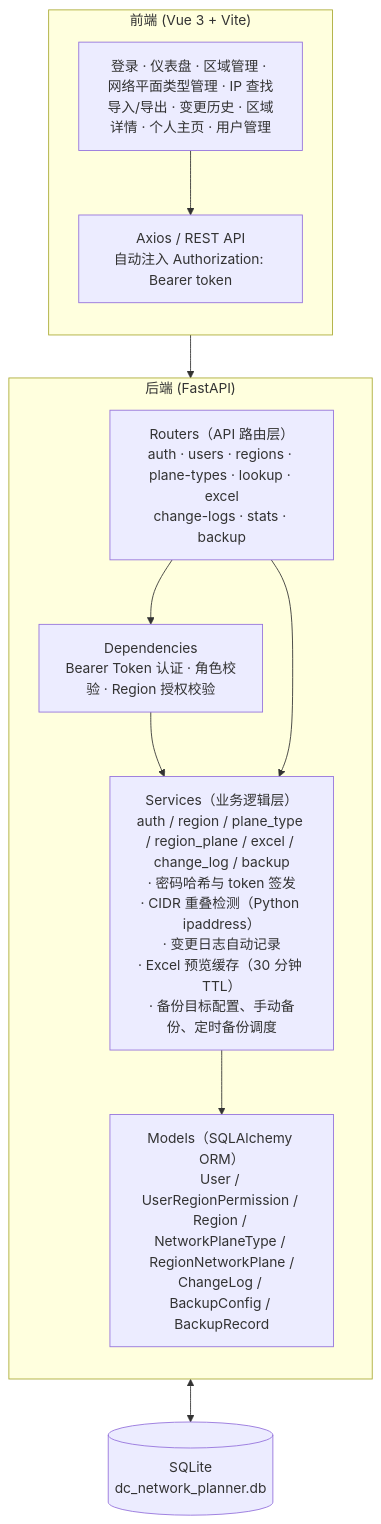
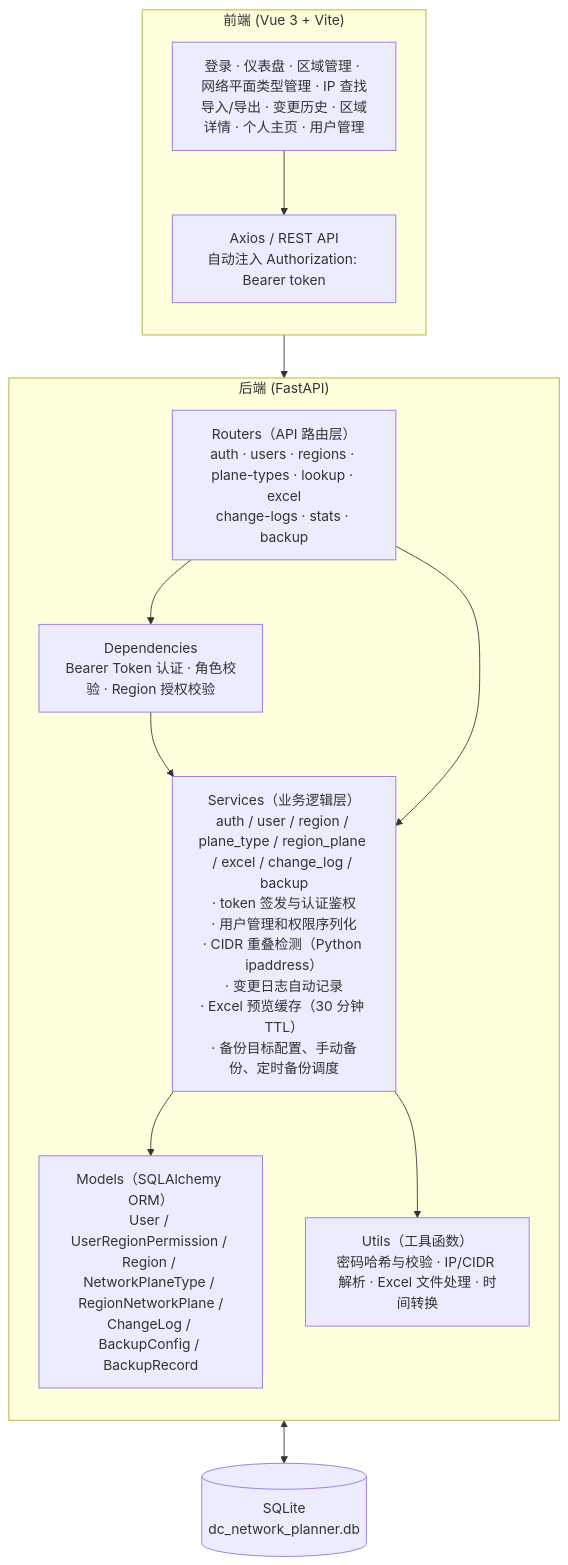
One commit to zhou-xingxing/dc-network-planner changed the first of 4 diagrams in SYSTEM_DESIGN.md. Above: the diagram before and after it, drawn with Mermaid. The commit also changed 11 other files, not shown here.

````diff
--- a/SYSTEM_DESIGN.md
+++ b/SYSTEM_DESIGN.md
@@ -38,25 +38,27 @@
 ```mermaid
 graph TB
     subgraph Frontend["前端 (Vue 3 + Vite)"]
         direction TB
         FE_Pages["登录 · 仪表盘 · 区域管理 · 网络平面类型管理 · IP 查找<br/>导入/导出 · 变更历史 · 区域详情 · 个人主页 · 用户管理"]
         FE_Axios["Axios / REST API<br/>自动注入 Authorization: Bearer token"]
         FE_Pages --> FE_Axios
     end
 
     subgraph Backend["后端 (FastAPI)"]
         direction TB
         Routers["Routers（API 路由层）<br/>auth · users · regions · plane-types · lookup · excel<br/>change-logs · stats · backup"]
         Deps["Dependencies<br/>Bearer Token 认证 · 角色校验 · Region 授权校验"]
-        Services["Services（业务逻辑层）<br/>auth / region / plane_type / region_plane / excel / change_log / backup<br/>· 密码哈希与 token 签发<br/>· CIDR 重叠检测（Python ipaddress）<br/>· 变更日志自动记录<br/>· Excel 预览缓存（30 分钟 TTL）<br/>· 备份目标配置、手动备份、定时备份调度"]
+        Services["Services（业务逻辑层）<br/>auth / user / region / plane_type / region_plane / excel / change_log / backup<br/>· token 签发与认证鉴权<br/>· 用户管理和权限序列化<br/>· CIDR 重叠检测（Python ipaddress）<br/>· 变更日志自动记录<br/>· Excel 预览缓存（30 分钟 TTL）<br/>· 备份目标配置、手动备份、定时备份调度"]
+        Utils["Utils（工具函数）<br/>密码哈希与校验 · IP/CIDR 解析 · Excel 文件处理 · 时间转换"]
         Models["Models（SQLAlchemy ORM）<br/>User / UserRegionPermission / Region / NetworkPlaneType / RegionNetworkPlane /<br/>ChangeLog / BackupConfig / BackupRecord"]
         Routers --> Deps
         Deps --> Services
         Routers --> Services --> Models
+        Services --> Utils
     end
 
     DB[("SQLite<br/>dc_network_planner.db")]
 
     FE_Axios --> Routers
     Models <--> DB
 ```
````
